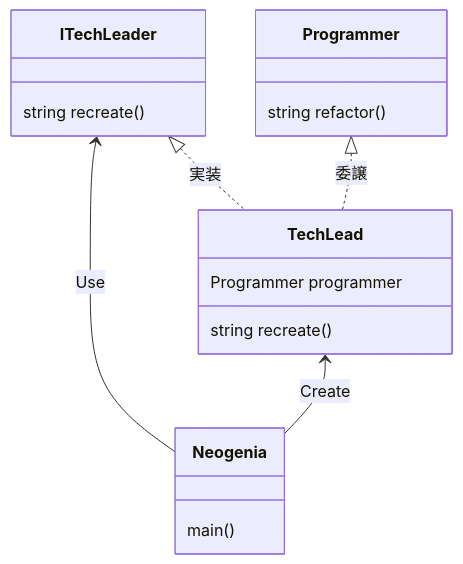
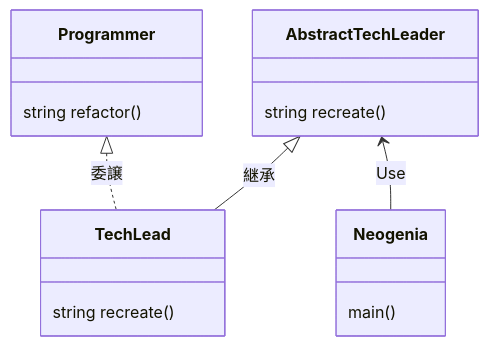
Before and after one commit to 0123takaokeita/design_patterns: the first of 2 diagrams in adapter/class_diagram.md, drawn with Mermaid. The commit also changed other lines of this file, not shown here.

Commit message:
fix: class図の関係が間違っていたので修正した

````diff
--- a/adapter/class_diagram.md
+++ b/adapter/class_diagram.md
@@ -10,25 +10,22 @@
 ```mermaid
 classDiagram
-    ITechLeader <|.. TechLead : 実装
-    ITechLeader <--  Neogenia : Use
-    TechLead    <--  Neogenia : Create
-    Programmer  <|.. TechLead : 委譲
+    AbstractTechLeader <|-- TechLead : 継承
+    AbstractTechLeader <--  Neogenia : Use
+    Programmer         <|.. TechLead : 委譲
 
-    class ITechLeader {
+    class AbstractTechLeader {
         string recreate()
     }
 
     class Neogenia {
         main()
     }
 
     class TechLead {
-        Programmer programmer
         string recreate()
     }
 
     class Programmer{
         string refactor()
     }
-
 ```
````
